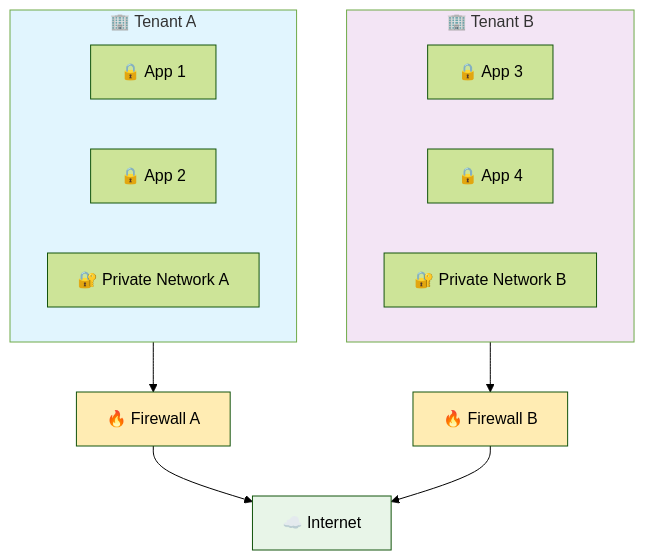
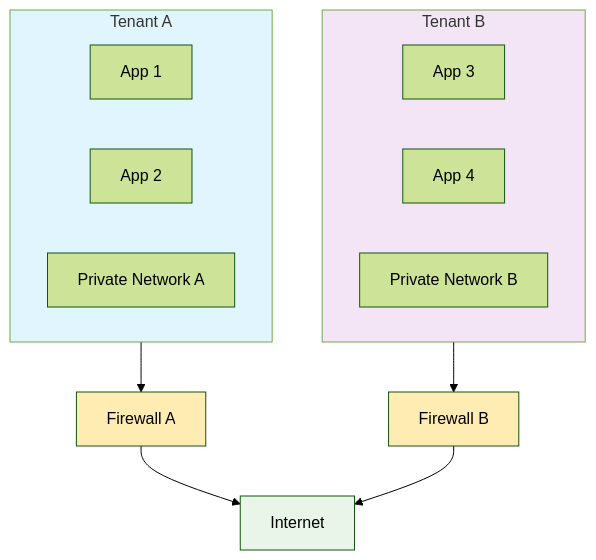
One commit to HidoraSwiss/hikube-public-doc changed the second of 3 diagrams in versioned_docs/version-2.0/getting-started/concepts.md. Above: the diagram before and after it, drawn with Mermaid (forest theme). The commit also changed other lines of this file and 2 other files, not shown here.

````diff
--- a/versioned_docs/version-2.0/getting-started/concepts.md
+++ b/versioned_docs/version-2.0/getting-started/concepts.md
@@ -84,29 +84,29 @@
 ```mermaid
 flowchart TD
-    subgraph TA["🏢 Tenant A"]
-        A1["🔒 App 1"]
-        A2["🔒 App 2"]
-        NA["🔐 Private Network A"]
+    subgraph TA["Tenant A"]
+        A1["App 1"]
+        A2["App 2"]
+        NA["Private Network A"]
     end
     
-    subgraph TB["🏢 Tenant B"]
-        A3["🔒 App 3"]
-        A4["🔒 App 4"]
-        NB["🔐 Private Network B"]
+    subgraph TB["Tenant B"]
+        A3["App 3"]
+        A4["App 4"]
+        NB["Private Network B"]
     end
     
-    FA["🔥 Firewall A"]
-    FB["🔥 Firewall B"]
-    INTERNET["☁️ Internet"]
+    FA["Firewall A"]
+    FB["Firewall B"]
+    INTERNET["Internet"]
     
     TA --> FA
     TB --> FB
     FA --> INTERNET
     FB --> INTERNET
     
     style TA fill:#e1f5fe
     style TB fill:#f3e5f5
     style FA fill:#ffecb3
     style FB fill:#ffecb3
     style INTERNET fill:#e8f5e8
 ```
````
